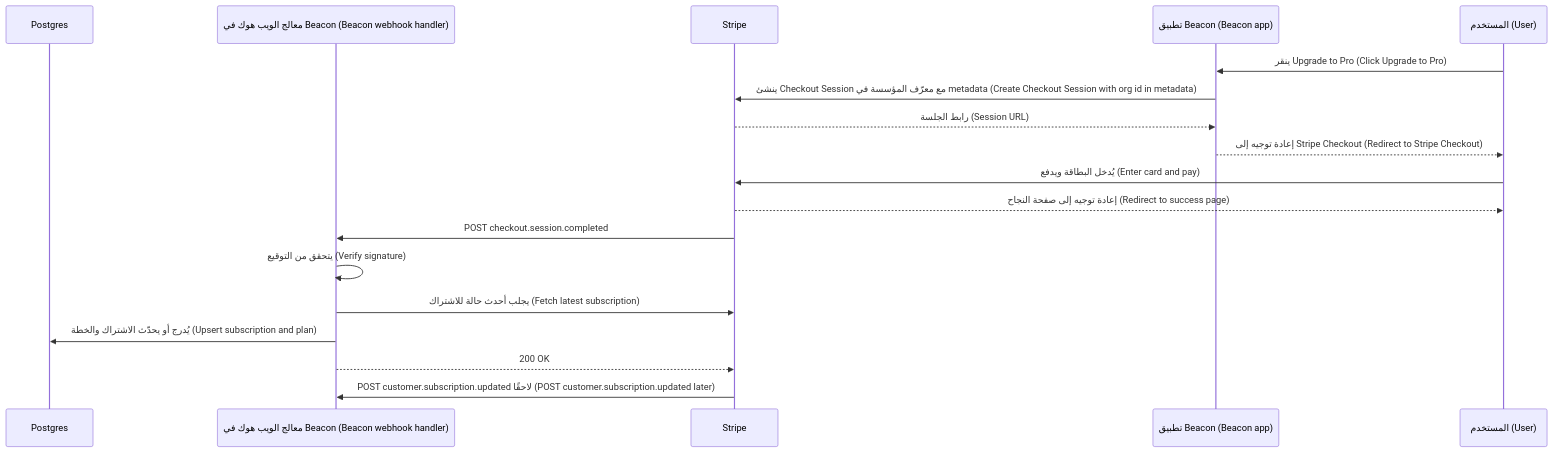
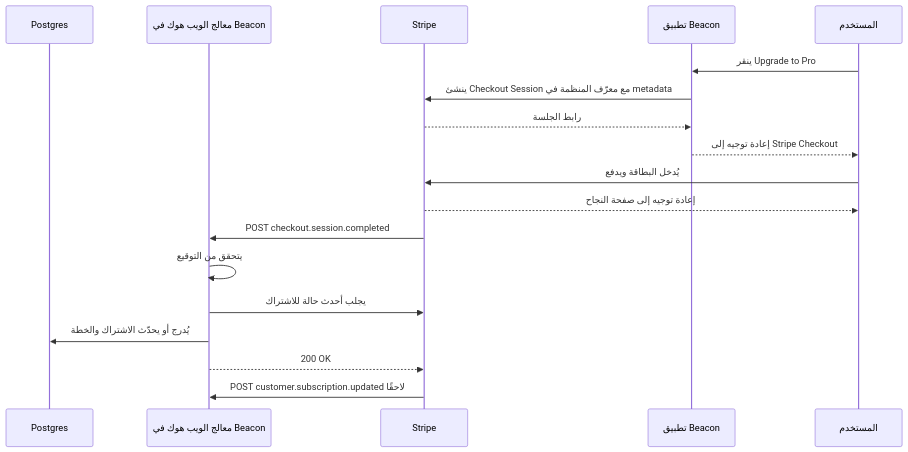
One commit to Tamoura/system-design-for-vibe-coders changed the first of 4 diagrams in saas/modules/03-money.ar.md. Above: the diagram before and after it, drawn with Mermaid. The commit also changed other lines of this file and 551 other files, not shown here.

````diff
--- a/saas/modules/03-money.ar.md
+++ b/saas/modules/03-money.ar.md
@@ -55,20 +55,20 @@
 ```mermaid
 sequenceDiagram
     participant DB as Postgres
-    participant W as معالج الويب هوك في Beacon (Beacon webhook handler)
+    participant W as معالج الويب هوك في Beacon
     participant S as Stripe
-    participant B as تطبيق Beacon (Beacon app)
-    participant U as المستخدم (User)
-    U->>B: ينقر Upgrade to Pro (Click Upgrade to Pro)
-    B->>S: ينشئ Checkout Session مع معرّف المؤسسة في metadata (Create Checkout Session with org id in metadata)
-    S-->>B: رابط الجلسة (Session URL)
-    B-->>U: إعادة توجيه إلى Stripe Checkout (Redirect to Stripe Checkout)
-    U->>S: يُدخل البطاقة ويدفع (Enter card and pay)
-    S-->>U: إعادة توجيه إلى صفحة النجاح (Redirect to success page)
+    participant B as تطبيق Beacon
+    participant U as المستخدم
+    U->>B: ينقر Upgrade to Pro
+    B->>S: ينشئ Checkout Session مع معرّف المنظمة في metadata
+    S-->>B: رابط الجلسة
+    B-->>U: إعادة توجيه إلى Stripe Checkout
+    U->>S: يُدخل البطاقة ويدفع
+    S-->>U: إعادة توجيه إلى صفحة النجاح
     S->>W: POST checkout.session.completed
-    W->>W: يتحقق من التوقيع (Verify signature)
-    W->>S: يجلب أحدث حالة للاشتراك (Fetch latest subscription)
-    W->>DB: يُدرج أو يحدّث الاشتراك والخطة (Upsert subscription and plan)
+    W->>W: يتحقق من التوقيع
+    W->>S: يجلب أحدث حالة للاشتراك
+    W->>DB: يُدرج أو يحدّث الاشتراك والخطة
     W-->>S: 200 OK
-    S->>W: POST customer.subscription.updated لاحقًا (POST customer.subscription.updated later)
+    S->>W: POST customer.subscription.updated لاحقًا
 ```
````
